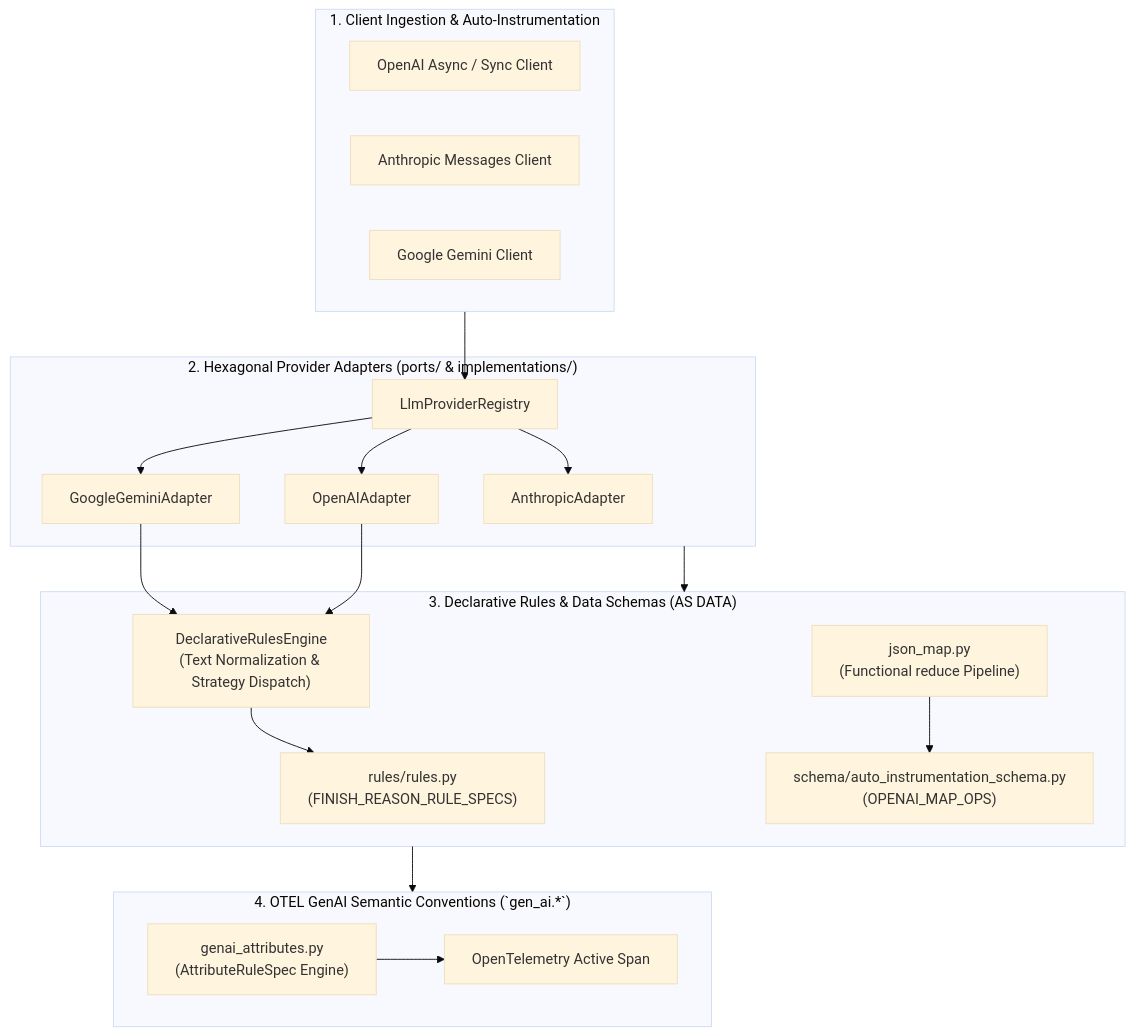
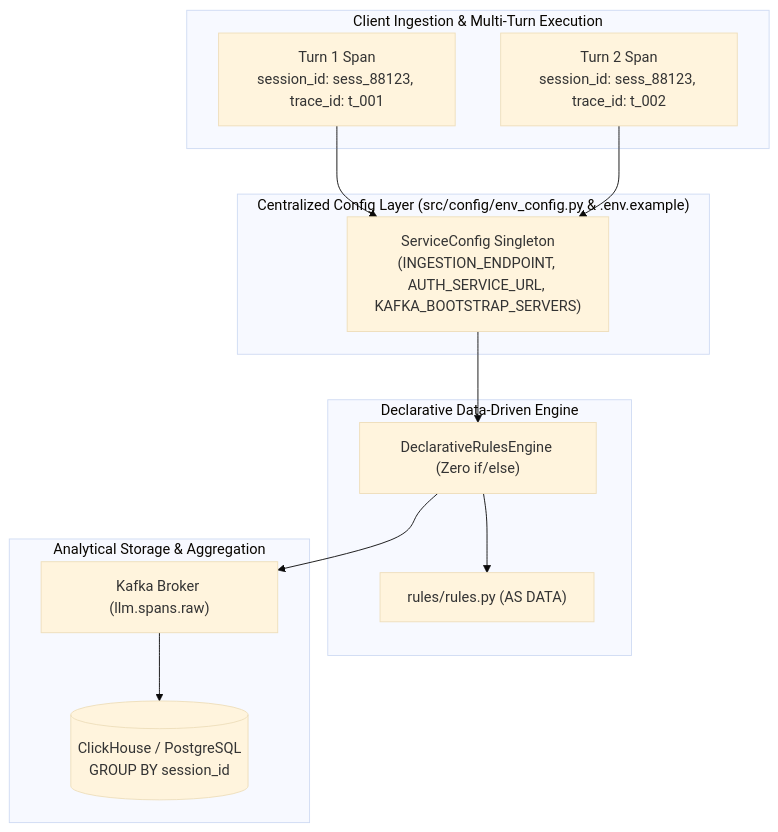
Before and after one commit to Chief-Strategist-J/llm-observability-platform: the diagram in packages/python/instrumentation-sdk/adr/0003-declarative-rules-engine-and-genai-conventions.md, drawn with Mermaid (base theme). The commit also changed other lines of this file and 5 other files, not shown here.

Commit message:
feat(sdk): centralize environment endpoints config, multi-turn session tracking in ADR 0003

````diff
--- a/packages/python/instrumentation-sdk/adr/0003-declarative-rules-engine-and-genai-conventions.md
+++ b/packages/python/instrumentation-sdk/adr/0003-declarative-rules-engine-and-genai-conventions.md
@@ -38,42 +38,30 @@
 ```mermaid
 flowchart TD
-    subgraph ClientLayer["1. Client Ingestion & Auto-Instrumentation"]
-        OpenAIClient["OpenAI Async / Sync Client"]
-        AnthropicClient["Anthropic Messages Client"]
-        GeminiClient["Google Gemini Client"]
+    subgraph EnvConfig["Centralized Config Layer (src/config/env_config.py & .env.example)"]
+        ServiceConfig["ServiceConfig Singleton<br/>(INGESTION_ENDPOINT, AUTH_SERVICE_URL, KAFKA_BOOTSTRAP_SERVERS)"]
     end
 
-    subgraph AdaptersLayer["2. Hexagonal Provider Adapters (ports/ & implementations/)"]
-        AdapterRegistry["LlmProviderRegistry"]
-        GoogleAdapter["GoogleGeminiAdapter"]
-        OpenAIAdapter["OpenAIAdapter"]
-        AnthropicAdapter["AnthropicAdapter"]
-
-        AdapterRegistry --> GoogleAdapter
-        AdapterRegistry --> OpenAIAdapter
-        AdapterRegistry --> AnthropicAdapter
+    subgraph MultiTurnClient["Client Ingestion & Multi-Turn Execution"]
+        Turn1["Turn 1 Span<br/>session_id: sess_88123, trace_id: t_001"]
+        Turn2["Turn 2 Span<br/>session_id: sess_88123, trace_id: t_002"]
+        
+        Turn1 --> ServiceConfig
+        Turn2 --> ServiceConfig
     end
 
-    subgraph DataRulesLayer["3. Declarative Rules & Data Schemas (AS DATA)"]
-        RulesData["rules/rules.py<br/>(FINISH_REASON_RULE_SPECS)"]
-        SchemaData["schema/auto_instrumentation_schema.py<br/>(OPENAI_MAP_OPS)"]
-        RulesEngine["DeclarativeRulesEngine<br/>(Text Normalization & Strategy Dispatch)"]
-        JsonMap["json_map.py<br/>(Functional reduce Pipeline)"]
-
-        GoogleAdapter --> RulesEngine
-        OpenAIAdapter --> RulesEngine
+    subgraph RulesProcessing["Declarative Data-Driven Engine"]
+        RulesData["rules/rules.py (AS DATA)"]
+        RulesEngine["DeclarativeRulesEngine (Zero if/else)"]
+        
+        ServiceConfig --> RulesEngine
         RulesEngine --> RulesData
-        JsonMap --> SchemaData
     end
 
-    subgraph OtelLayer["4. OTEL GenAI Semantic Conventions (`gen_ai.*`)"]
-        GenAISpec["genai_attributes.py<br/>(AttributeRuleSpec Engine)"]
-        OtelSpan["OpenTelemetry Active Span"]
+    subgraph StorageLayer["Analytical Storage & Aggregation"]
+        KafkaTopic["Kafka Broker (llm.spans.raw)"]
+        DBStore[("ClickHouse / PostgreSQL<br/>GROUP BY session_id")]
 
-        GenAISpec --> OtelSpan
+        RulesEngine --> KafkaTopic
+        KafkaTopic --> DBStore
     end
-
-    ClientLayer --> AdapterRegistry
-    AdaptersLayer --> DataRulesLayer
-    DataRulesLayer --> OtelLayer
 ```
````
